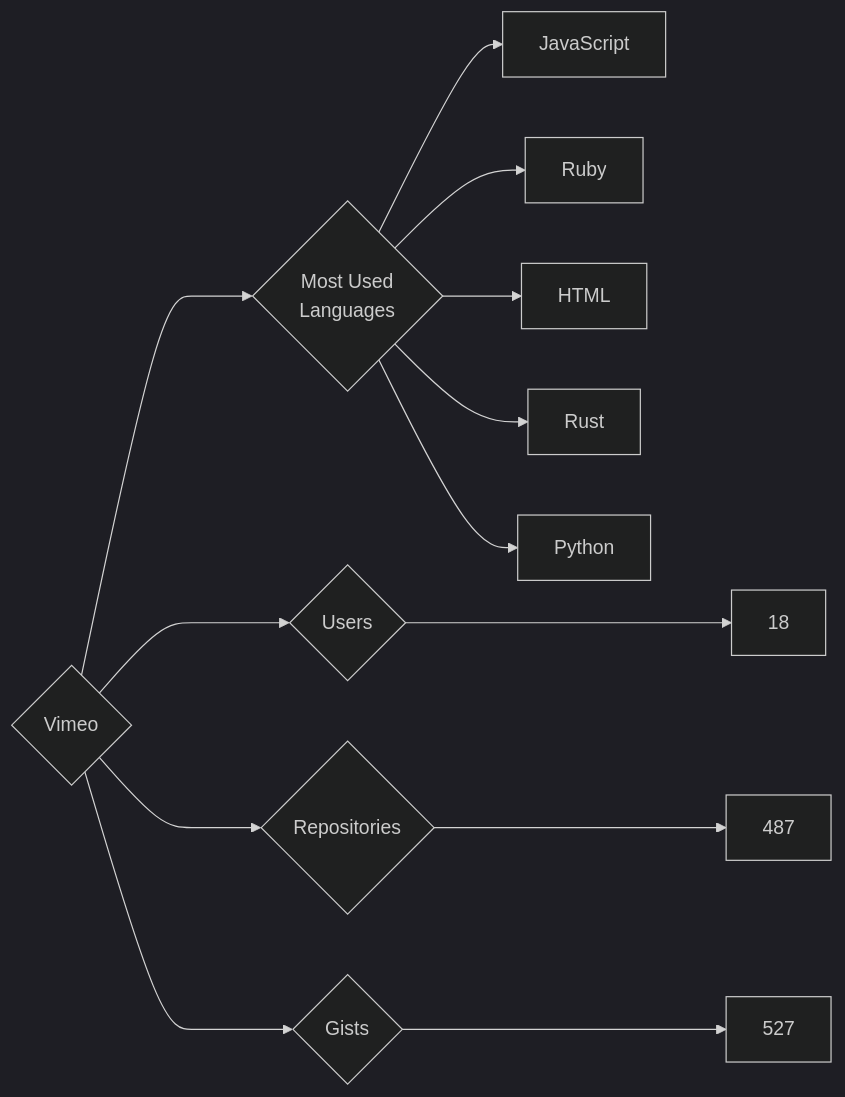
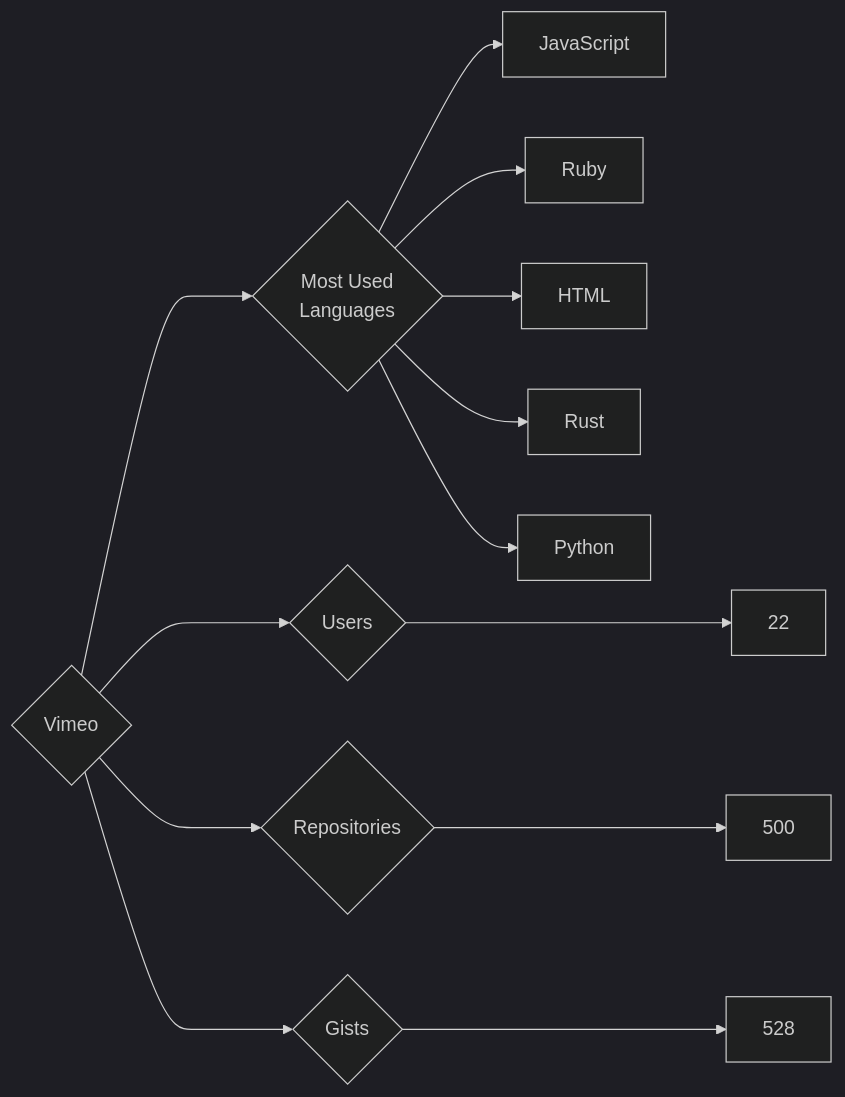
The diagram in targets/Vimeo/README.md (trickest/insiders), drawn with Mermaid (dark theme) before and after one commit. The commit also changed 953 other files, not shown here.

````diff
--- a/targets/Vimeo/README.md
+++ b/targets/Vimeo/README.md
@@ -3,13 +3,13 @@
 ```mermaid
 graph LR
 COMPANY_NAME{Vimeo}
-COMPANY_NAME ---> U{Users} ---> UN[18]
-COMPANY_NAME ---> R{Repositories} ---> RN[487]
-COMPANY_NAME ---> G{Gists} ---> GN[527]
+COMPANY_NAME ---> U{Users} ---> UN[22]
+COMPANY_NAME ---> R{Repositories} ---> RN[500]
+COMPANY_NAME ---> G{Gists} ---> GN[528]
 COMPANY_NAME ---> ML{Most Used<br>Languages}
 ML --> JavaScript[JavaScript]
 ML --> Ruby[Ruby]
 ML --> HTML[HTML]
 ML --> Rust[Rust]
 ML --> Python[Python]
 ```
````
